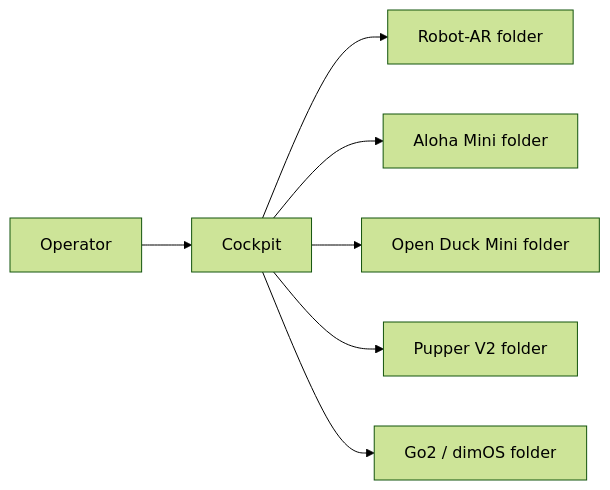
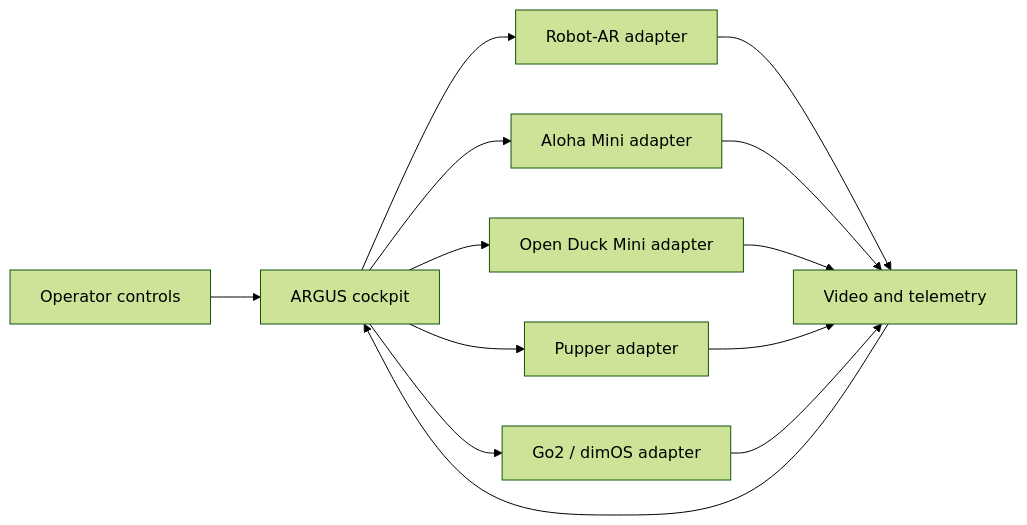
One commit to Kelvinchan324/ARGUS-collaboration changed the diagram in README.md. Above: the diagram before and after it, drawn with Mermaid (forest theme). The commit also changed other lines of this file and 12 other files, not shown here.

````diff
--- a/README.md
+++ b/README.md
@@ -47,9 +88,11 @@
 ```mermaid
 flowchart LR
-    Operator --> Cockpit
-    Cockpit --> AR[Robot-AR folder]
-    Cockpit --> Aloha[Aloha Mini folder]
-    Cockpit --> Duck[Open Duck Mini folder]
-    Cockpit --> Pupper[Pupper V2 folder]
-    Cockpit --> Go2[Go2 / dimOS folder]
+    Operator[Operator controls] --> Cockpit[ARGUS cockpit]
+    Cockpit --> AR[Robot-AR adapter]
+    Cockpit --> Aloha[Aloha Mini adapter]
+    Cockpit --> Duck[Open Duck Mini adapter]
+    Cockpit --> Pupper[Pupper adapter]
+    Cockpit --> Go2[Go2 / dimOS adapter]
+    AR & Aloha & Duck & Pupper & Go2 --> Feedback[Video and telemetry]
+    Feedback --> Cockpit
 ```
````
